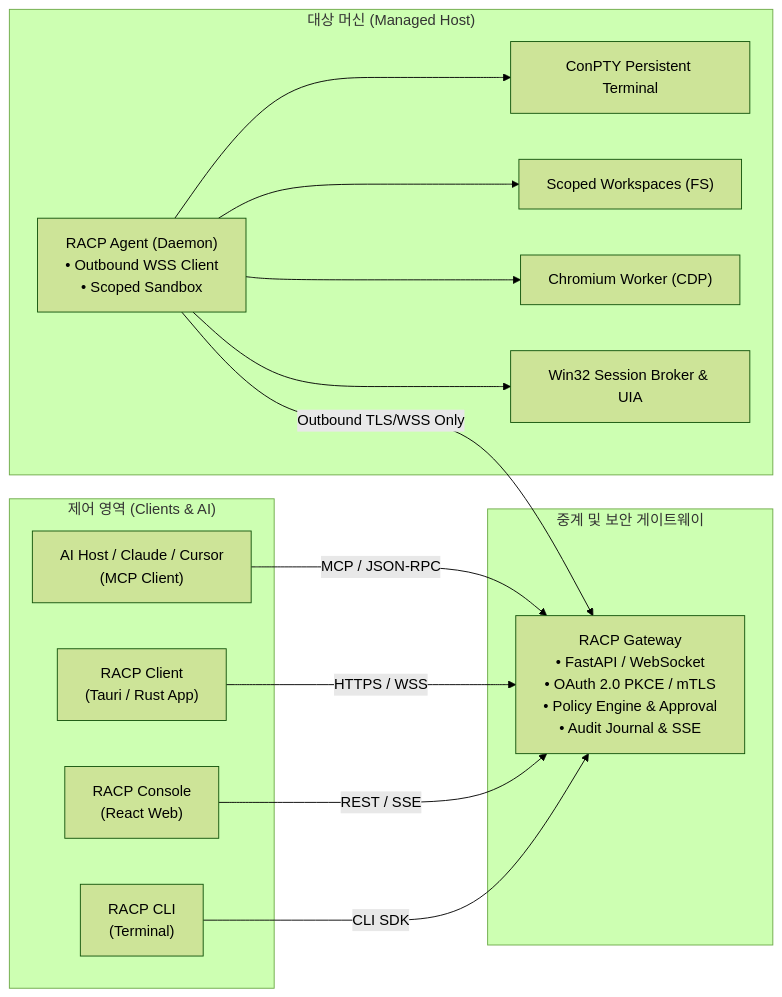
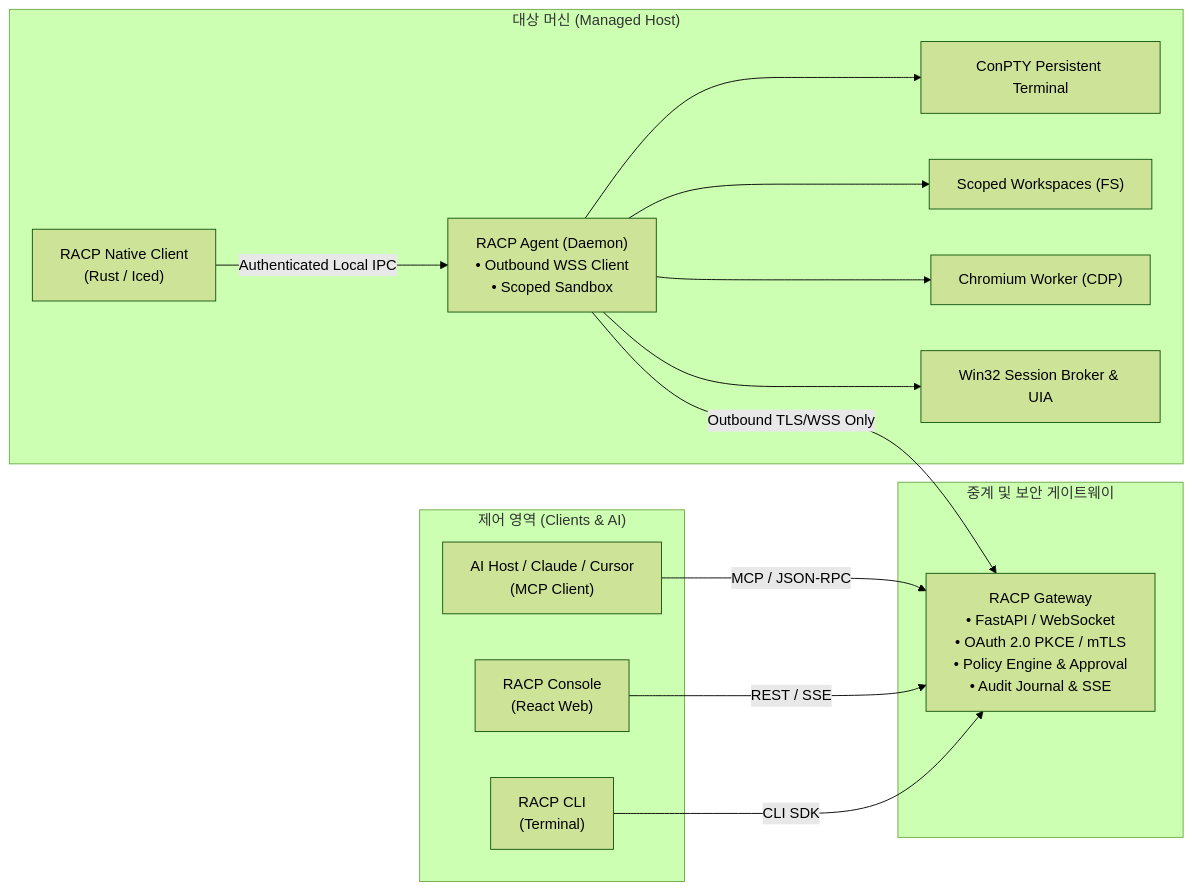
Before and after one commit to tlsdbcjs/Remote-Desktop-Commander: the diagram in README.md, drawn with Mermaid (forest theme). The commit also changed other lines of this file and 248 other files, not shown here.

````diff
--- a/README.md
+++ b/README.md
@@ -58,32 +62,32 @@
 ```mermaid
 flowchart LR
     subgraph ControlPlane["제어 영역 (Clients & AI)"]
         AI["AI Host / Claude / Cursor<br/>(MCP Client)"]
-        GUI["RACP Client<br/>(Tauri / Rust App)"]
         WEB["RACP Console<br/>(React Web)"]
         CLI["RACP CLI<br/>(Terminal)"]
     end
 
     subgraph GatewayPlane["중계 및 보안 게이트웨이"]
         GW["RACP Gateway<br/>• FastAPI / WebSocket<br/>• OAuth 2.0 PKCE / mTLS<br/>• Policy Engine & Approval<br/>• Audit Journal & SSE"]
     end
 
     subgraph TargetPlane["대상 머신 (Managed Host)"]
+        GUI["RACP Native Client<br/>(Rust / Iced)"]
         AGT["RACP Agent (Daemon)<br/>• Outbound WSS Client<br/>• Scoped Sandbox"]
         PTY["ConPTY Persistent Terminal"]
         FS["Scoped Workspaces (FS)"]
         BRW["Chromium Worker (CDP)"]
         BRK["Win32 Session Broker & UIA"]
     end
 
     AI -->|MCP / JSON-RPC| GW
-    GUI -->|HTTPS / WSS| GW
+    GUI -->|Authenticated Local IPC| AGT
     WEB -->|REST / SSE| GW
     CLI -->|CLI SDK| GW
 
     AGT -->|Outbound TLS/WSS Only| GW
     AGT --> PTY
     AGT --> FS
     AGT --> BRW
     AGT --> BRK
 ```
````
